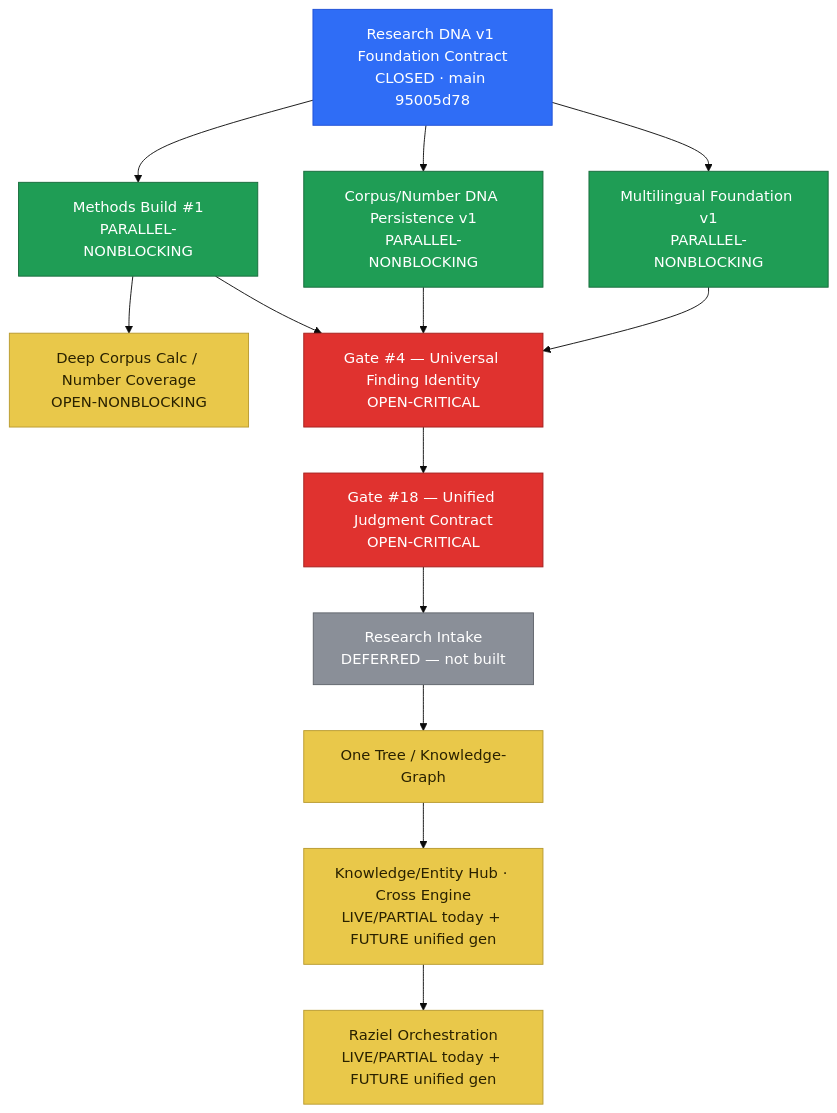
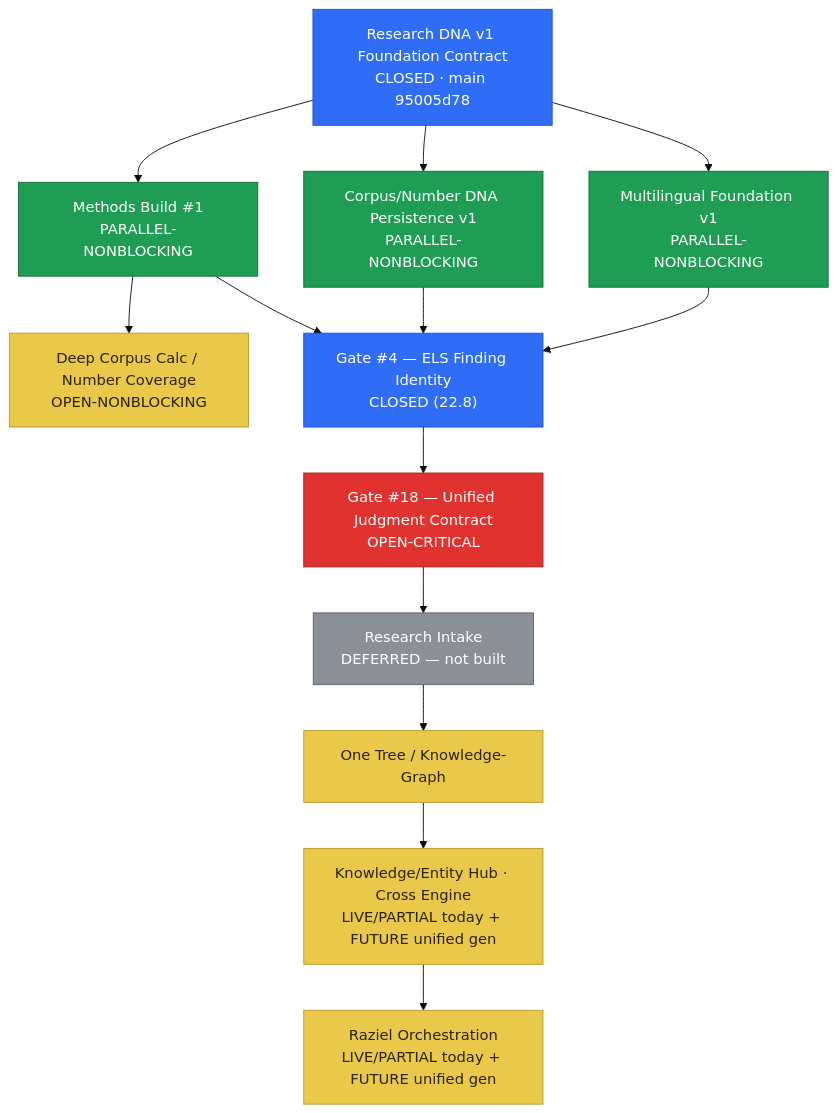
The diagram in SOD1820_MASTER_ROADMAP.md (zuriel337/sod1820), drawn with Mermaid (base theme) before and after one commit. The commit also changed other lines of this file, not shown here.

````diff
--- a/SOD1820_MASTER_ROADMAP.md
+++ b/SOD1820_MASTER_ROADMAP.md
@@ -280,23 +280,23 @@
 ```mermaid
 flowchart TD
     F["Research DNA v1 Foundation Contract<br/>CLOSED · main 95005d78"]:::closed
     F --> M["Methods Build #1<br/>PARALLEL-NONBLOCKING"]:::parallel
     F --> CP["Corpus/Number DNA Persistence v1<br/>PARALLEL-NONBLOCKING"]:::parallel
     F --> ML["Multilingual Foundation v1<br/>PARALLEL-NONBLOCKING"]:::parallel
     M --> DC["Deep Corpus Calc / Number Coverage<br/>OPEN-NONBLOCKING"]:::open
-    G4["Gate #4 — Universal Finding Identity<br/>OPEN-CRITICAL"]:::critical
+    G4["Gate #4 — ELS Finding Identity<br/>CLOSED (22.8)"]:::closed
     M --> G4
     CP --> G4
     ML --> G4
     G4 --> G18["Gate #18 — Unified Judgment Contract<br/>OPEN-CRITICAL"]:::critical
     G18 --> INT["Research Intake<br/>DEFERRED — not built"]:::deferred
     INT --> OT["One Tree / Knowledge-Graph"]:::open
     OT --> KX["Knowledge/Entity Hub · Cross Engine<br/>LIVE/PARTIAL today + FUTURE unified gen"]:::open
     KX --> RZ["Raziel Orchestration<br/>LIVE/PARTIAL today + FUTURE unified gen"]:::open
 
     classDef closed fill:#2f6df6,color:#fff,stroke:#1d4fd6;
     classDef critical fill:#e0322f,color:#fff,stroke:#a3201e;
     classDef parallel fill:#1f9d55,color:#fff,stroke:#166a3a;
     classDef open fill:#e9c84a,color:#2a2200,stroke:#b89a2e;
     classDef deferred fill:#8a8f98,color:#fff,stroke:#5f636b;
 ```
````
